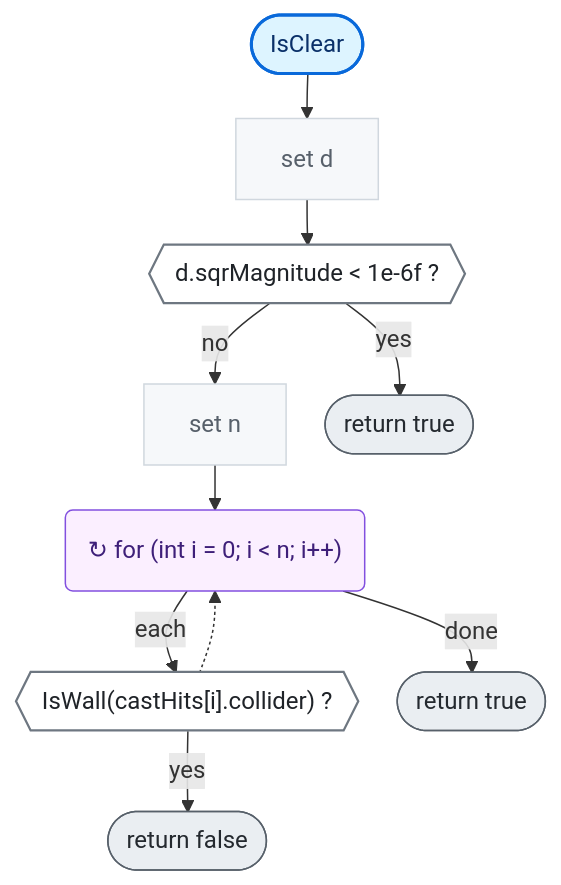
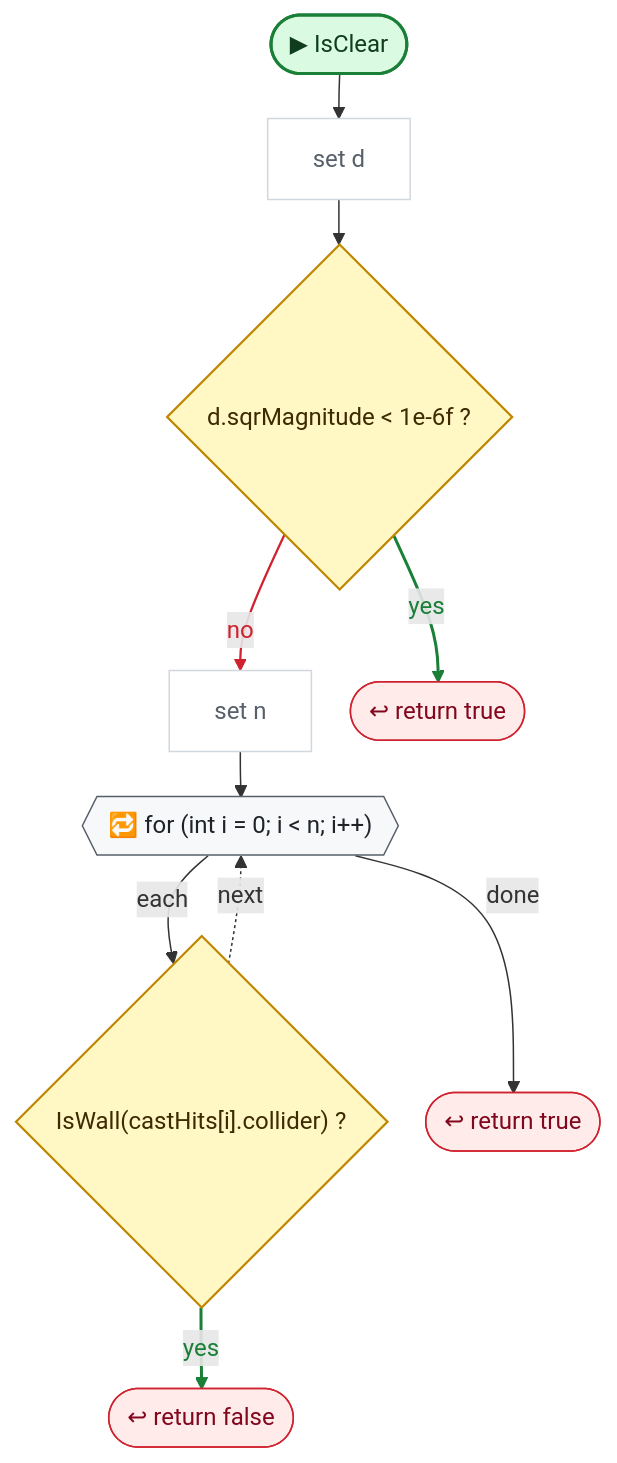
Before and after one commit to nataiai/Lord-of-the-Dungeon: the eighth of 14 diagrams in CodeGraph~/graph/AI/PathFinding.cs.md, drawn with Mermaid. The commit also changed other lines of this file and 44 other files, not shown here.

````diff
--- a/CodeGraph~/graph/AI/PathFinding.cs.md
+++ b/CodeGraph~/graph/AI/PathFinding.cs.md
@@ -437,43 +472,50 @@
 ```mermaid
 ---
 config:
   flowchart:
     wrappingWidth: 260
     nodeSpacing: 26
     rankSpacing: 30
 ---
 flowchart TD
-  nS(["IsClear"])
+  nS(["▶ IsClear"])
   n814b52["set d"]
-  naf66c4{{"d.sqrMagnitude #60; 1e-6f ?"}}
+  naf66c4{"d.sqrMagnitude #60; 1e-6f ?"}
   nc55371["set n"]
-  n99f4aa("  ↻ for (int i = 0; i #60; n; i++)  ")
-  n28ee1b{{"IsWall(castHits[i].collider) ?"}}
-  nb1e3d6(["return true"])
-  n1902d3(["return false"])
-  n9a87d2(["return true"])
+  n99f4aa{{"🔁 for (int i = 0; i #60; n; i++)"}}
+  n28ee1b{"IsWall(castHits[i].collider) ?"}
+  nb1e3d6(["↩ return true"])
+  n1902d3(["↩ return false"])
+  n9a87d2(["↩ return true"])
   nS --> n814b52
   n814b52 --> naf66c4
   naf66c4 -->|no| nc55371
   naf66c4 -->|yes| nb1e3d6
   nc55371 --> n99f4aa
   n99f4aa -->|each| n28ee1b
   n28ee1b -->|yes| n1902d3
-  n28ee1b -.-> n99f4aa
+  n28ee1b -.->|next| n99f4aa
   n99f4aa -->|done| n9a87d2
-  classDef unity fill:#fff1c2,stroke:#9a6700,stroke-width:2px,color:#3b2300
-  classDef start fill:#ddf4ff,stroke:#0969da,stroke-width:2px,color:#0a3069
-  classDef calc fill:#f6f8fa,stroke:#d0d7de,color:#57606a
-  classDef calls fill:#ffffff,stroke:#0969da,stroke-width:2.5px,color:#0a3069
-  classDef cond fill:#ffffff,stroke:#6e7781,stroke-width:1.5px,color:#1f2328
-  classDef loop fill:#fbefff,stroke:#8250df,color:#3e1f79
-  classDef exit fill:#eaeef2,stroke:#57606a,color:#24292f
-  classDef wait fill:#fff8f0,stroke:#bc4c00,color:#4d1d00
+  linkStyle 2 stroke:#cf222e,stroke-width:1.5px,color:#cf222e
+  linkStyle 3 stroke:#1a7f37,stroke-width:2px,color:#1a7f37
+  linkStyle 6 stroke:#1a7f37,stroke-width:2px,color:#1a7f37
+  classDef unity fill:#dafbe1,stroke:#1a7f37,stroke-width:2px,color:#0f3d1d
+  classDef start fill:#dafbe1,stroke:#1a7f37,stroke-width:2px,color:#0f3d1d
+  classDef calc fill:#ffffff,stroke:#d0d7de,color:#57606a
+  classDef calls fill:#ddf4ff,stroke:#0969da,stroke-width:2px,color:#0a3069
+  classDef ext fill:#ddf4ff,stroke:#0969da,stroke-width:2px,stroke-dasharray:5 3,color:#0a3069
+  classDef cond fill:#fff8c5,stroke:#bf8700,stroke-width:1.5px,color:#3d2a00
+  classDef loop fill:#f6f8fa,stroke:#57606a,color:#1f2328
+  classDef exit fill:#ffebe9,stroke:#cf222e,color:#82071e
+  classDef kill fill:#ffebe9,stroke:#cf222e,stroke-width:2px,color:#82071e
+  classDef spawn fill:#dafbe1,stroke:#1a7f37,stroke-width:2px,color:#0f3d1d
+  classDef wait fill:#fff1e5,stroke:#bc4c00,color:#4d1d00
   classDef fin fill:#eaeef2,stroke:#8c959f,color:#57606a
   classDef join fill:#d0d7de,stroke:#8c959f,color:#57606a
+  classDef ghdr fill:#f5f9ff,stroke:#f5f9ff,color:#0a3069,font-weight:bold
   class n814b52,nc55371 calc
   class naf66c4,n28ee1b cond
   class nb1e3d6,n1902d3,n9a87d2 exit
   class n99f4aa loop
   class nS start
 ```
````
